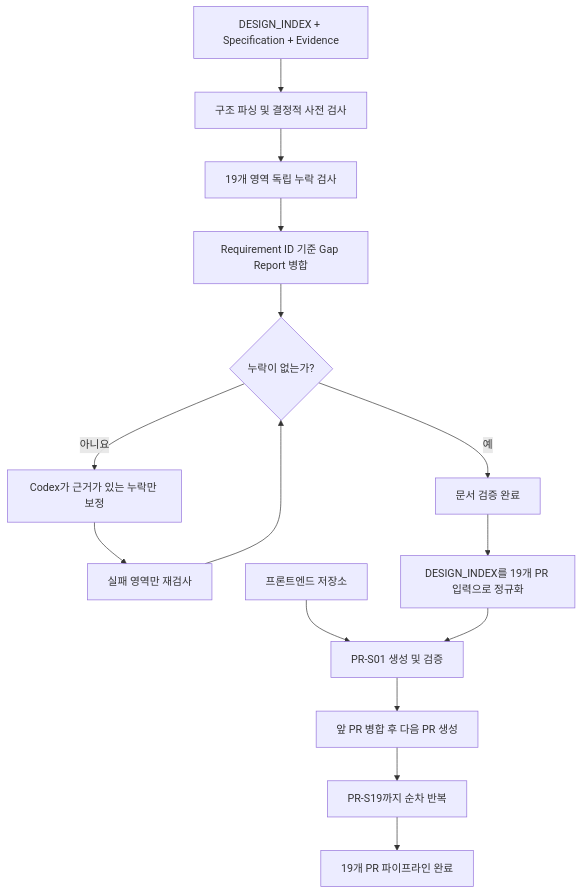
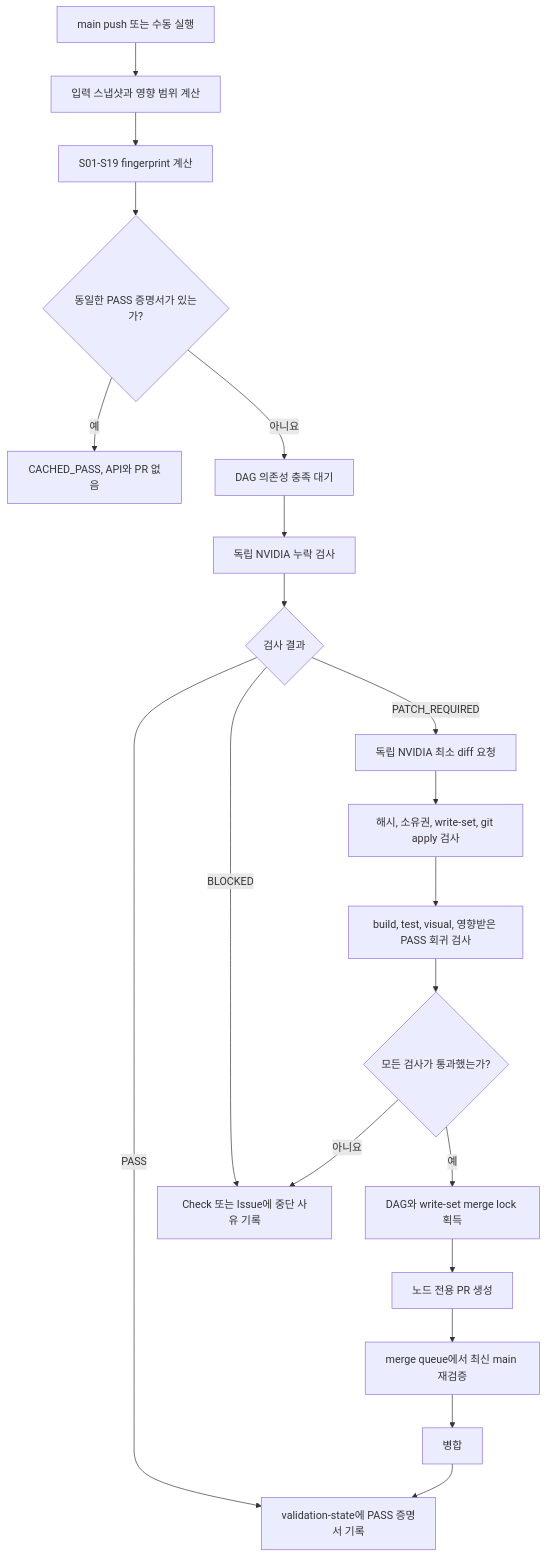
Before and after one commit to yyeongjin/secret_mcp_use: the diagram in IDEA_VALIDATION_AND_PR_PIPELINE.ko.md, drawn with Mermaid. The commit also changed other lines of this file, not shown here.

Commit message:
docs: define DAG validation and PR pipeline

````diff
--- a/IDEA_VALIDATION_AND_PR_PIPELINE.ko.md
+++ b/IDEA_VALIDATION_AND_PR_PIPELINE.ko.md
@@ -45,17 +64,22 @@
 ```mermaid
 flowchart TD
-    Input["DESIGN_INDEX + Specification + Evidence"] --> Preflight["구조 파싱 및 결정적 사전 검사"]
-    Preflight --> Audit["19개 영역 독립 누락 검사"]
-    Audit --> Merge["Requirement ID 기준 Gap Report 병합"]
-    Merge --> Empty{"누락이 없는가?"}
-    Empty -->|예| Ready["문서 검증 완료"]
-    Empty -->|아니요| Repair["Codex가 근거가 있는 누락만 보정"]
-    Repair --> Reaudit["실패 영역만 재검사"]
-    Reaudit --> Empty
-    Ready --> Parse["DESIGN_INDEX를 19개 PR 입력으로 정규화"]
-    Frontend["프론트엔드 저장소"] --> PR01["PR-S01 생성 및 검증"]
-    Parse --> PR01
-    PR01 --> Serial["앞 PR 병합 후 다음 PR 생성"]
-    Serial --> PR19["PR-S19까지 순차 반복"]
-    PR19 --> Complete["19개 PR 파이프라인 완료"]
+    Push["main push 또는 수동 실행"] --> Snapshot["입력 스냅샷과 영향 범위 계산"]
+    Snapshot --> Fingerprint["S01-S19 fingerprint 계산"]
+    Fingerprint --> Cache{"동일한 PASS 증명서가 있는가?"}
+    Cache -->|예| Cached["CACHED_PASS, API와 PR 없음"]
+    Cache -->|아니요| Ready["DAG 의존성 충족 대기"]
+    Ready --> Audit["독립 NVIDIA 누락 검사"]
+    Audit --> Verdict{"검사 결과"}
+    Verdict -->|PASS| Attest["validation-state에 PASS 증명서 기록"]
+    Verdict -->|BLOCKED| Check["Check 또는 Issue에 중단 사유 기록"]
+    Verdict -->|PATCH_REQUIRED| Patch["독립 NVIDIA 최소 diff 요청"]
+    Patch --> Guard["해시, 소유권, write-set, git apply 검사"]
+    Guard --> Verify["build, test, visual, 영향받은 PASS 회귀 검사"]
+    Verify --> Safe{"모든 검사가 통과했는가?"}
+    Safe -->|아니요| Check
+    Safe -->|예| Lock["DAG와 write-set merge lock 획득"]
+    Lock --> PR["노드 전용 PR 생성"]
+    PR --> Queue["merge queue에서 최신 main 재검증"]
+    Queue --> Merge["병합"]
+    Merge --> Attest
 ```
````
